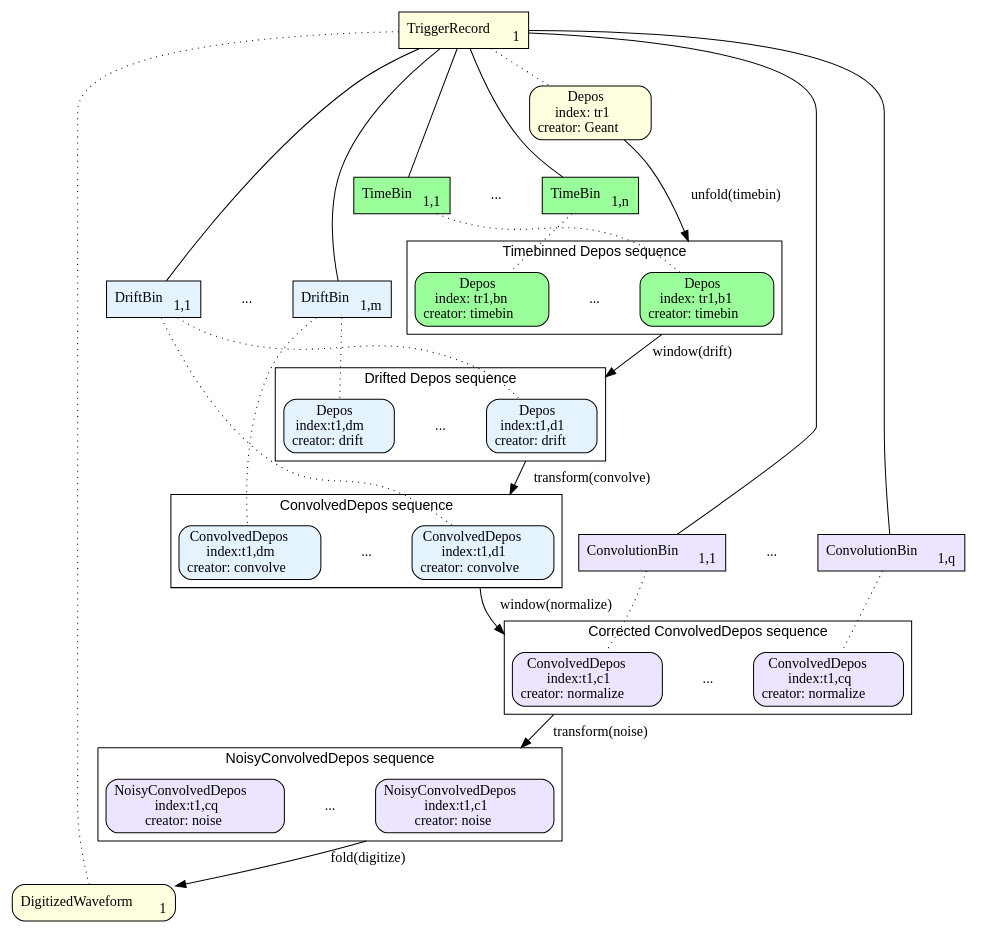
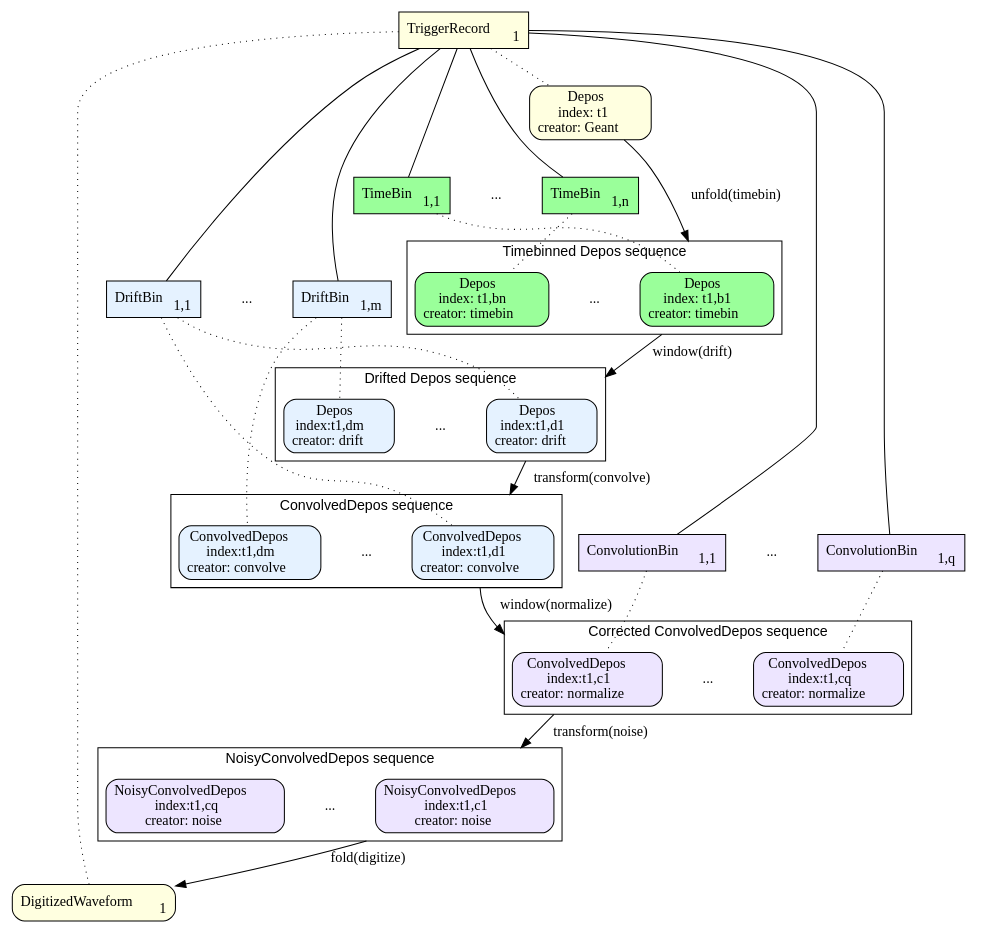
Before and after one commit to Framework-R-D/phlex-design: the diagram in workflows/wirecell-charge-waveform-sim.gv, drawn with Graphviz. The commit also changed 3 other files, not shown here.

```diff
--- a/workflows/wirecell-charge-waveform-sim.gv
+++ b/workflows/wirecell-charge-waveform-sim.gv
@@ -1,121 +1,122 @@
 digraph g {
  fontname="sans-serif";
  compound=true;
+ scale="5%";
 
  # All data product sets are in rectangular nodes
  node [shape=box, style=filled];
  tr1 [label=<TriggerRecord<sub>1</sub>>, fillcolor=lightyellow];
 
  subgraph cluster_tb{
   peripheries=0
   tb1 [label=<TimeBin<sub>1,1</sub>>, fillcolor=palegreen1];
   tbdots [label="...", shape=plaintext, style=rounded, margin=0]
   tb2 [label=<TimeBin<sub>1,n</sub>>, fillcolor=palegreen1];
  }
 
  # Data product sets are connected with data products by solid lines.
  edge [style=solid, arrowhead=none];
  tr1 -> tb1;
  tr1 -> tb2;
 
 
  # All data products are in rounded rectangle nodes
  node [shape=box, style="filled,rounded"]
 
  # TR-level products are yellow
  node [fillcolor=lightyellow]
- depos [label=<Depos<br/>index: tr1<br/>creator: Geant>]
+ depos [label=<Depos<br/>index: t1<br/>creator: Geant>]
  dw [label=<DigitizedWaveform<sub>1</sub>>];
  
  subgraph cluster_unfold_timebins {
   label="Timebinned Depos sequence";
   node [fillcolor=palegreen1];
-  tbd1 [label=<Depos<br/>index: tr1,b1<br/>creator: timebin>];
+  tbd1 [label=<Depos<br/>index: t1,b1<br/>creator: timebin>];
   tbddots [label="...", shape=plaintext, style=rounded, margin=0]
-  tbdn [label=<Depos<br/>index: tr1,bn<br/>creator: timebin>];
+  tbdn [label=<Depos<br/>index: t1,bn<br/>creator: timebin>];
  }
 
  depos -> tb2 [style=invis]
 
  # TB-level products are palegreen1
  node [fillcolor=palegreen1]
 
 
  subgraph cluster_db {
   peripheries=0
   node [fillcolor="0.583,0.1,1.0", shape=box, style=filled];
   db1 [label=<DriftBin<sub>1,1</sub>>];
   dbdots [label="...", shape=plaintext, style=rounded, margin=0]
   dbm [label=<DriftBin<sub>1,m</sub>>];
  }
 
  tr1 -> db1;
  tr1 -> dbm;
 
   subgraph cluster_unfold {
    label="Drifted Depos sequence";
    node [fillcolor="0.583,0.1,1.0"];
    dd1 [label=<Depos<br/>index:t1,d1<br/>creator: drift>];
    ddots [label="...", shape=plaintext, style=rounded, margin=0]
    ddm [label=<Depos<br/>index:t1,dm<br/>creator: drift>];
   }
 
 
   subgraph cluster_conv {
     label="ConvolvedDepos sequence";
     node [fillcolor="0.583,0.1,1.0"];
     cd1 [label=<ConvolvedDepos<br/>index:t1,d1<br/>creator: convolve>];
     cdots [label="...", shape=plaintext, style=rounded, margin=0]
     cdm [label=<ConvolvedDepos<br/>index:t1,dm<br/>creator: convolve>];
   }
 
  
 
 subgraph cluster_cb {
   peripheries=0
   node [fillcolor="0.720,0.1,1.0", shape=box, style=filled];
   cb1 [label=<ConvolutionBin<sub>1,1</sub>>];
   cbdots [label="...", shape=plaintext, style=rounded, margin=0]
   cbq [label=<ConvolutionBin<sub>1,q</sub>>];
  }
  tr1 -> cb1;
  tr1 -> cbq;
 
   subgraph cluster_conv_2 {
     label="Corrected ConvolvedDepos sequence";
     node [fillcolor="0.720,0.1,1.0"];
     ccd1 [label=<ConvolvedDepos<br/>index:t1,c1<br/>creator: normalize>];
     ccdots [label="...", shape=plaintext, style=rounded, margin=0]
     ccdq [label=<ConvolvedDepos<br/>index:t1,cq<br/>creator: normalize>];
   }
 
  subgraph cluster_noise {
    label="NoisyConvolvedDepos sequence";
    node [fillcolor="0.720,0.1,1.0"];
    ncd1 [label=<NoisyConvolvedDepos<br/>index:t1,c1<br/>creator: noise>];
    ndots [label="...", shape=plaintext, style=rounded, margin=0]
    ncdq [label=<NoisyConvolvedDepos<br/>index:t1,cq<br/>creator: noise>];
  }
 
  # Data products are connected with data product sets by dotted lines.
  edge [style=dotted, arrowhead=none];
  tr1 -> depos;
  tb1 -> tbd1;
  tb2 -> tbdn;
  tr1 -> dw;
  db1 -> dd1;
  dbm -> ddm;
  db1 -> cd1;
  dbm -> cdm;
  cb1 -> ccd1;
  cbq -> ccdq; 
 
  # Algorithms creating data products are indicated by arrows with solid lines.
  edge [style=solid, arrowhead=normal];
  depos -> tbd1 [label="unfold(timebin)", lhead=cluster_unfold_timebins];
  tbd1 -> dd1 [label="window(drift)", ltail=cluster_unfold_timebins, lhead=cluster_unfold];
  dd1 -> cd1 [label="transform(convolve)", ltail=cluster_unfold, lhead=cluster_conv];
  cd1 -> ccd1 [label="window(normalize)", ltail=cluster_conv, lhead=cluster_conv_2];
  ccd1 -> ncd1 [label="transform(noise)", ltail=cluster_conv_2, lhead=cluster_noise];
  ncd1 -> dw [label="fold(digitize)", ltail=cluster_noise];
 }
```
